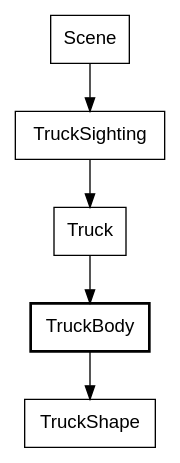
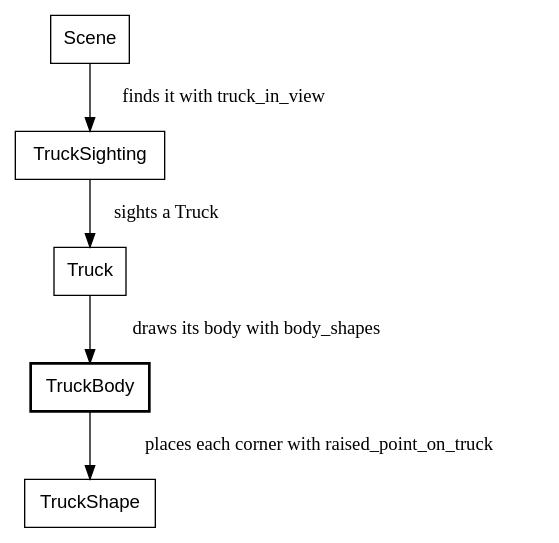
Before and after one commit to showell/roc-apps: diagram 20 of 32 in canvas_apps/safari/tutorial/tutorial.md, drawn with Graphviz. The commit also changed other lines of this file, not shown here.

Commit message:
tutorial: the cat chapter rewritten for today's code; labelled edges on the truck's diagram

````diff
--- a/canvas_apps/safari/tutorial/tutorial.md
+++ b/canvas_apps/safari/tutorial/tutorial.md
@@ -1910,10 +1910,10 @@
 ```dot
 digraph truck_drawing {
   node [shape=box, fontname="Helvetica"];
   TruckBody [style=bold];
-  Scene -> TruckSighting;
-  TruckSighting -> Truck;
-  Truck -> TruckBody;
-  TruckBody -> TruckShape;
+  Scene -> TruckSighting [label="  finds it with truck_in_view"];
+  TruckSighting -> Truck [label="  sights a Truck"];
+  Truck -> TruckBody [label="  draws its body with body_shapes"];
+  TruckBody -> TruckShape [label="  places each corner with raised_point_on_truck"];
 }
 ```
````
